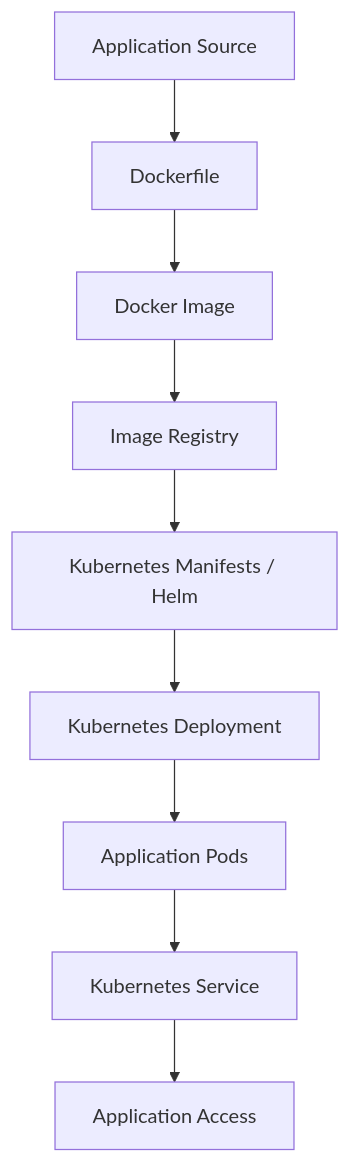
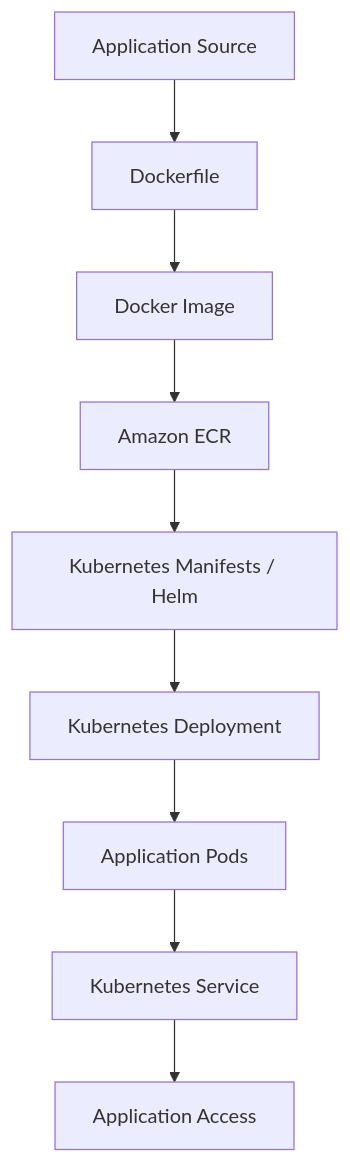
One commit to kantamnenimanusha/cloudops-360 changed the fifth of 8 diagrams in README.md. Above: the diagram before and after it, drawn with Mermaid. The commit also changed other lines of this file, not shown here.

````diff
--- a/README.md
+++ b/README.md
@@ -439,14 +444,14 @@
 ```mermaid
 flowchart TD
     A["Application Source"]
     B["Dockerfile"]
     C["Docker Image"]
-    D["Image Registry"]
+    D["Amazon ECR"]
     E["Kubernetes Manifests / Helm"]
     F["Kubernetes Deployment"]
     G["Application Pods"]
     H["Kubernetes Service"]
     I["Application Access"]
 
     A --> B --> C --> D --> E --> F --> G --> H --> I
 ```
````
